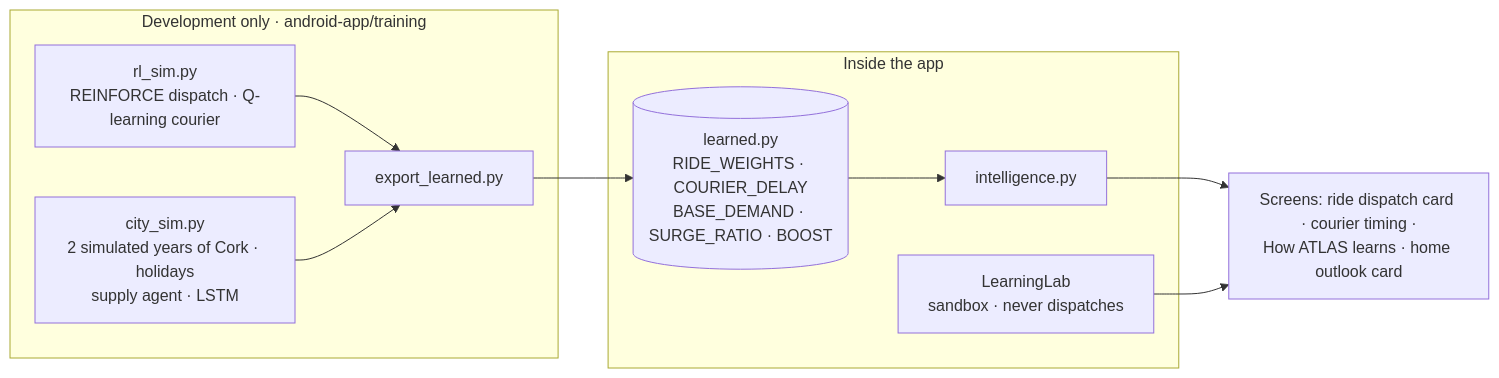
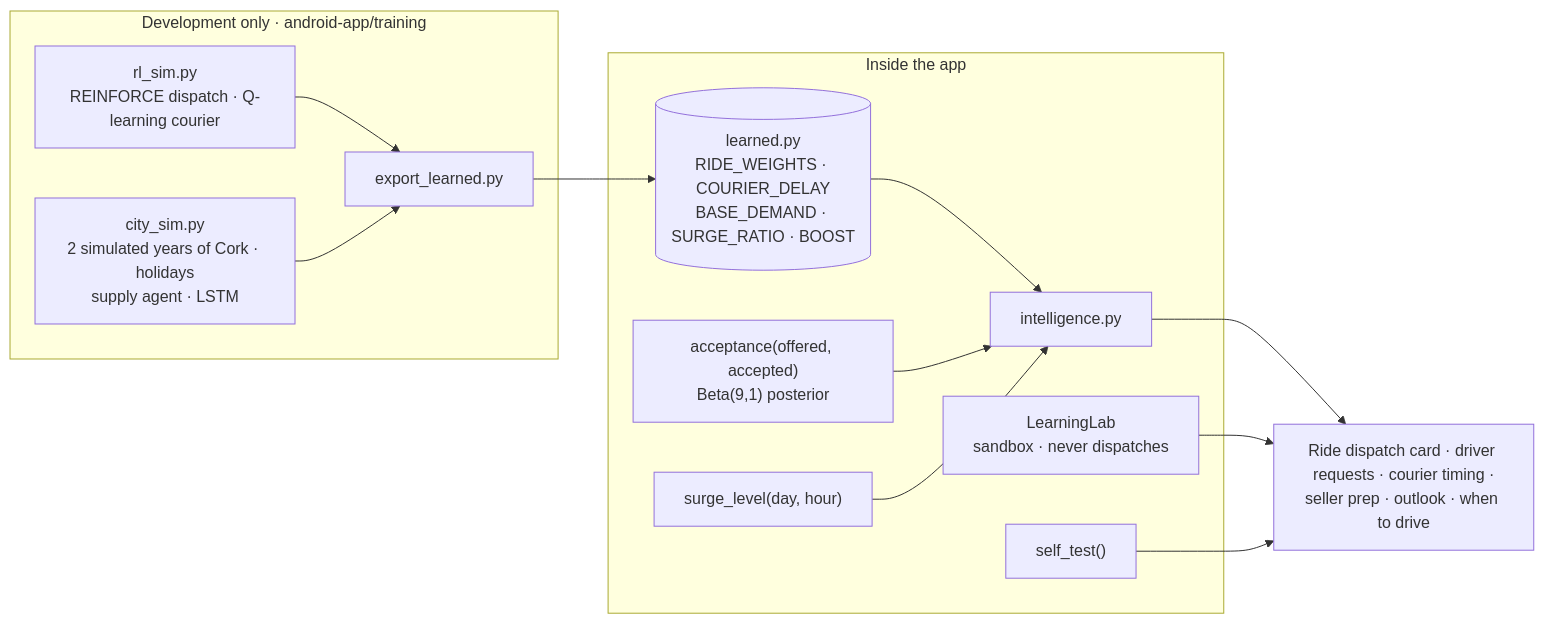
One commit to FUllSCIPTS/ATLAS changed diagram 11 of 24 in architecture-explorer/starter/docs/UML_BLUEPRINT.md. Above: the diagram before and after it, drawn with Mermaid. The commit also changed other lines of this file and 1 other file, not shown here.

Commit message:
UML blueprint: ATLAS Go 1.2.0 (accounts, live map, six on-device models)

````diff
--- a/architecture-explorer/starter/docs/UML_BLUEPRINT.md
+++ b/architecture-explorer/starter/docs/UML_BLUEPRINT.md
@@ -537,19 +717,25 @@
 ```mermaid
 flowchart LR
     subgraph Dev["Development only · android-app/training"]
         RS["rl_sim.py<br/>REINFORCE dispatch · Q-learning courier"]
         CS["city_sim.py<br/>2 simulated years of Cork · holidays<br/>supply agent · LSTM"]
         EX["export_learned.py"]
     end
     subgraph APK["Inside the app"]
         LC[("learned.py<br/>RIDE_WEIGHTS · COURIER_DELAY<br/>BASE_DEMAND · SURGE_RATIO · BOOST")]
         AI["intelligence.py"]
+        ACM["acceptance(offered, accepted)<br/>Beta(9,1) posterior"]
+        SL["surge_level(day, hour)"]
         LAB["LearningLab<br/>sandbox · never dispatches"]
+        ST["self_test()"]
     end
     RS --> EX
     CS --> EX
     EX --> LC
     LC --> AI
-    AI --> UIs["Screens: ride dispatch card · courier timing ·<br/>How ATLAS learns · home outlook card"]
+    ACM --> AI
+    SL --> AI
+    AI --> UIs["Ride dispatch card · driver requests · courier timing ·<br/>seller prep · outlook · when to drive"]
     LAB --> UIs
+    ST --> UIs
 ```
````
